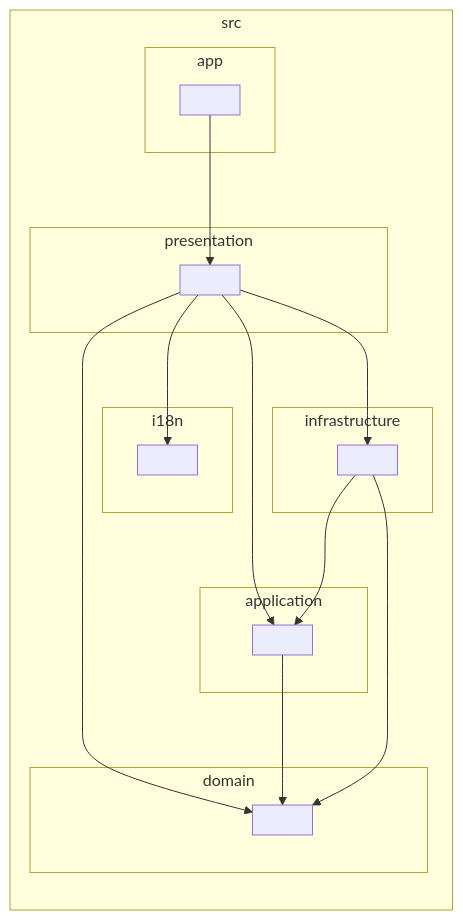
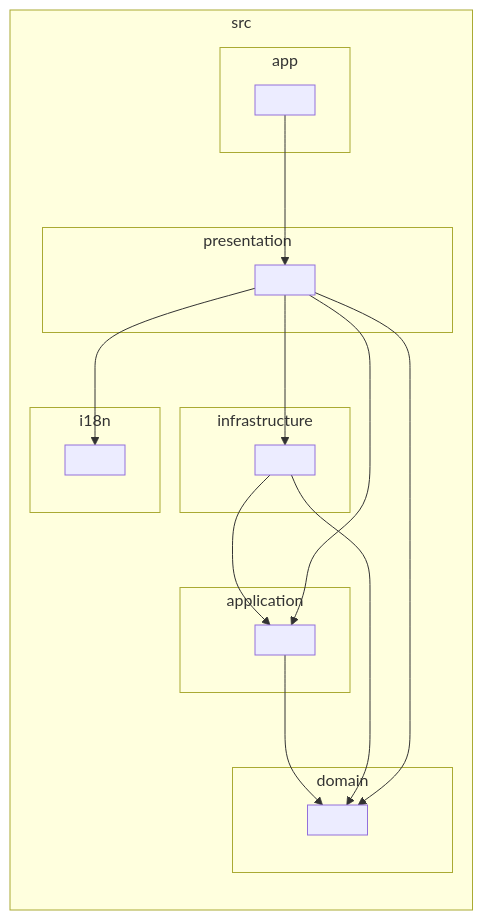
Before and after one commit to t29mato/grand-express: the first of 3 diagrams in docs/10-architecture/06-dependency-graph.md, drawn with Mermaid. The commit also changed other lines of this file and 8 other files, not shown here.

````diff
--- a/docs/10-architecture/06-dependency-graph.md
+++ b/docs/10-architecture/06-dependency-graph.md
@@ -24,32 +24,32 @@
 ```mermaid
 flowchart LR
 
 subgraph 0["src"]
 subgraph 1["app"]
 2[" "]
 end
 subgraph 3["application"]
 4[" "]
 end
 subgraph 5["domain"]
 6[" "]
 end
 subgraph 7["i18n"]
 8[" "]
 end
 subgraph 9["infrastructure"]
 A[" "]
 end
 subgraph B["presentation"]
 C[" "]
 end
 end
 2-->C
 4-->6
 A-->4
 A-->6
+C-->A
 C-->6
 C-->8
 C-->4
-C-->A
 ```
````
